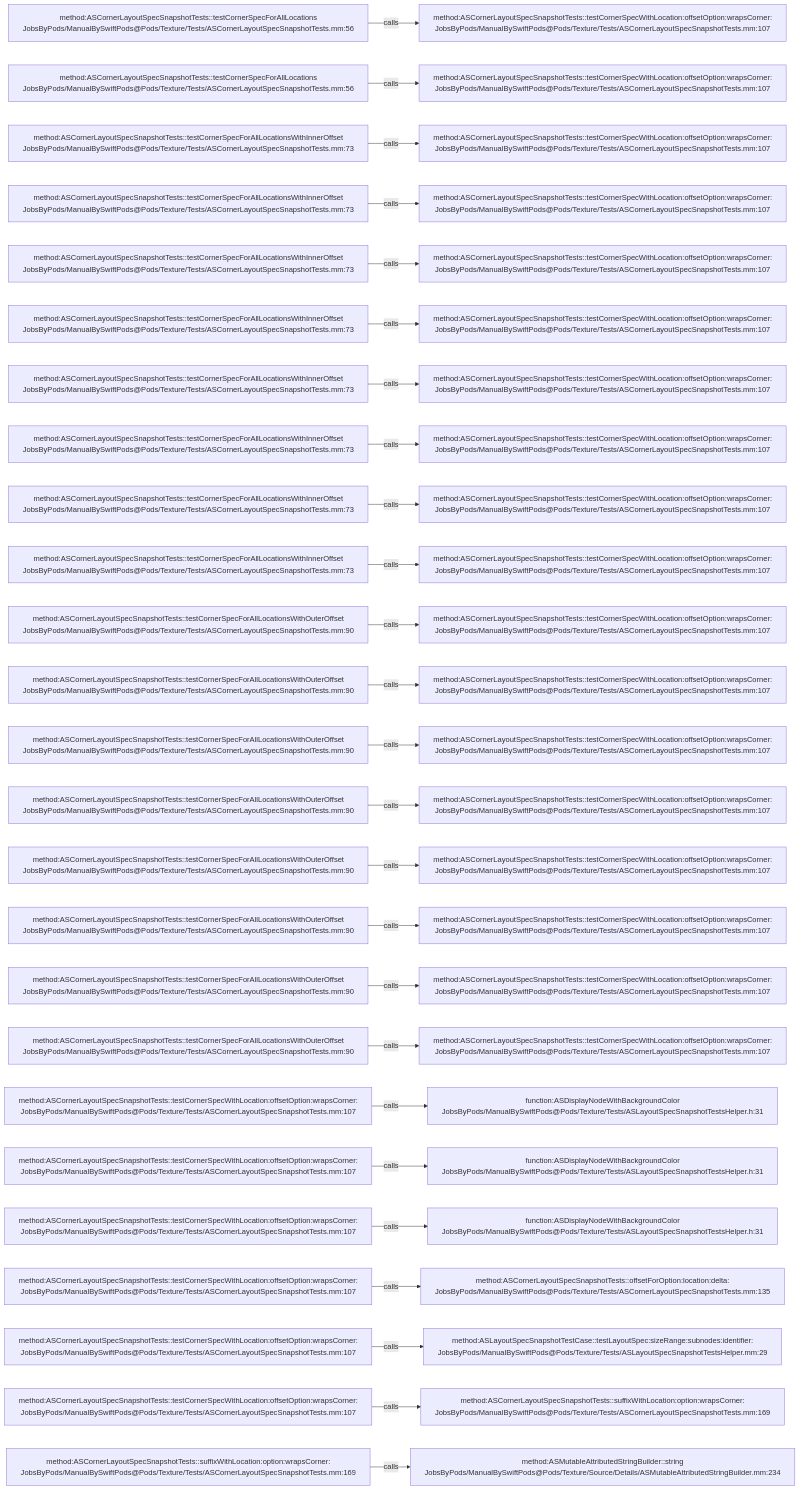
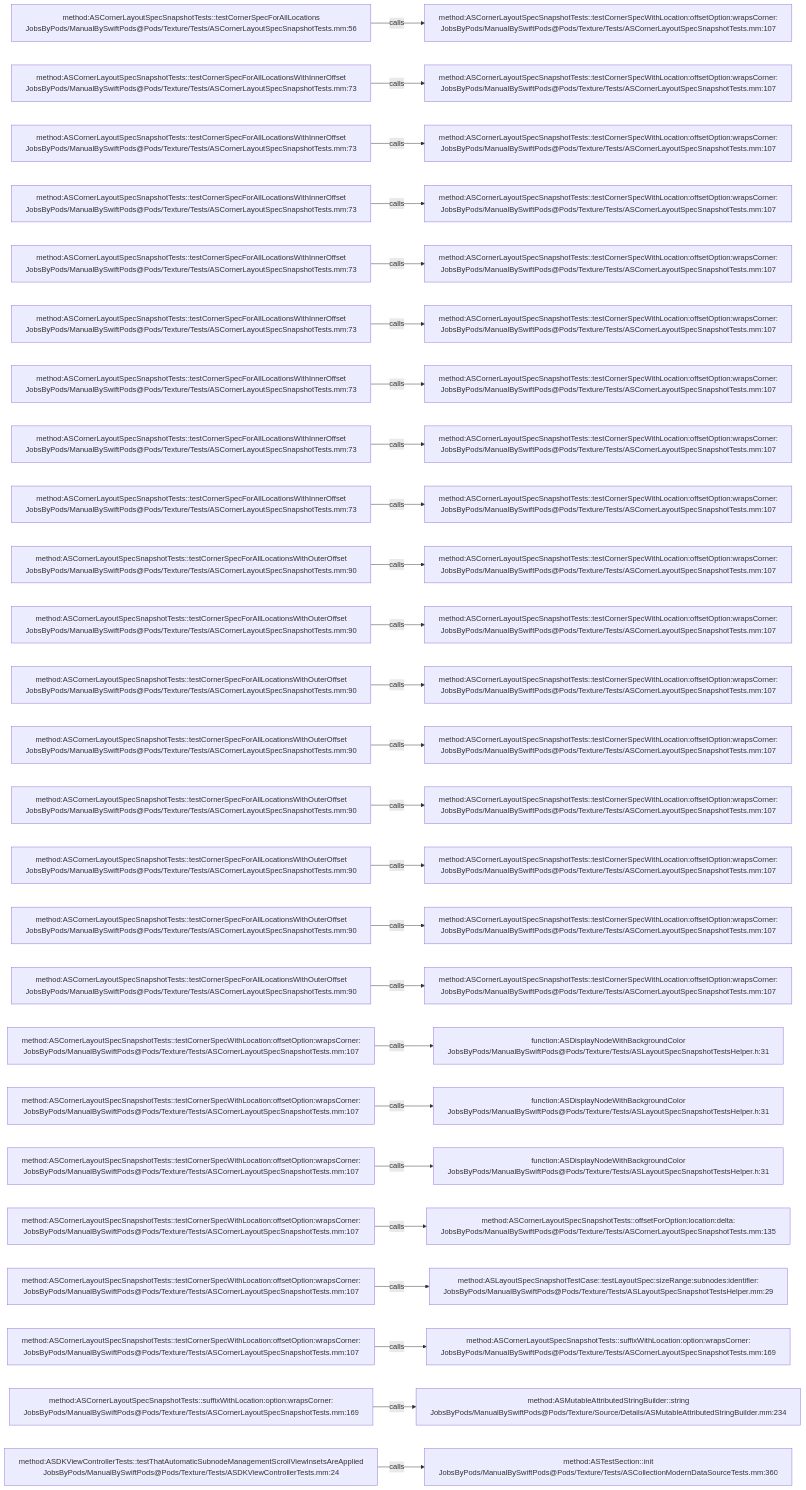
One commit to JobsKits/JobsSwiftBaseConfigDemo changed the diagram in .codegraph/codegraph.md/graphs/calls-177.md. Above: the diagram before and after it, drawn with Mermaid. The commit also changed 747 other files, not shown here.

````diff
--- a/.codegraph/codegraph.md/graphs/calls-177.md
+++ b/.codegraph/codegraph.md/graphs/calls-177.md
@@ -13,78 +13,78 @@
 ```mermaid
 flowchart LR
   S1["method:ASCornerLayoutSpecSnapshotTests::testCornerSpecForAllLocations<br/>JobsByPods/ManualBySwiftPods@Pods/Texture/Tests/ASCornerLayoutSpecSnapshotTests.mm:56"]
   T1["method:ASCornerLayoutSpecSnapshotTests::testCornerSpecWithLocation:offsetOption:wrapsCorner:<br/>JobsByPods/ManualBySwiftPods@Pods/Texture/Tests/ASCornerLayoutSpecSnapshotTests.mm:107"]
   S1 -->|calls| T1
-  S2["method:ASCornerLayoutSpecSnapshotTests::testCornerSpecForAllLocations<br/>JobsByPods/ManualBySwiftPods@Pods/Texture/Tests/ASCornerLayoutSpecSnapshotTests.mm:56"]
+  S2["method:ASCornerLayoutSpecSnapshotTests::testCornerSpecForAllLocationsWithInnerOffset<br/>JobsByPods/ManualBySwiftPods@Pods/Texture/Tests/ASCornerLayoutSpecSnapshotTests.mm:73"]
   T2["method:ASCornerLayoutSpecSnapshotTests::testCornerSpecWithLocation:offsetOption:wrapsCorner:<br/>JobsByPods/ManualBySwiftPods@Pods/Texture/Tests/ASCornerLayoutSpecSnapshotTests.mm:107"]
   S2 -->|calls| T2
   S3["method:ASCornerLayoutSpecSnapshotTests::testCornerSpecForAllLocationsWithInnerOffset<br/>JobsByPods/ManualBySwiftPods@Pods/Texture/Tests/ASCornerLayoutSpecSnapshotTests.mm:73"]
   T3["method:ASCornerLayoutSpecSnapshotTests::testCornerSpecWithLocation:offsetOption:wrapsCorner:<br/>JobsByPods/ManualBySwiftPods@Pods/Texture/Tests/ASCornerLayoutSpecSnapshotTests.mm:107"]
   S3 -->|calls| T3
   S4["method:ASCornerLayoutSpecSnapshotTests::testCornerSpecForAllLocationsWithInnerOffset<br/>JobsByPods/ManualBySwiftPods@Pods/Texture/Tests/ASCornerLayoutSpecSnapshotTests.mm:73"]
   T4["method:ASCornerLayoutSpecSnapshotTests::testCornerSpecWithLocation:offsetOption:wrapsCorner:<br/>JobsByPods/ManualBySwiftPods@Pods/Texture/Tests/ASCornerLayoutSpecSnapshotTests.mm:107"]
   S4 -->|calls| T4
   S5["method:ASCornerLayoutSpecSnapshotTests::testCornerSpecForAllLocationsWithInnerOffset<br/>JobsByPods/ManualBySwiftPods@Pods/Texture/Tests/ASCornerLayoutSpecSnapshotTests.mm:73"]
   T5["method:ASCornerLayoutSpecSnapshotTests::testCornerSpecWithLocation:offsetOption:wrapsCorner:<br/>JobsByPods/ManualBySwiftPods@Pods/Texture/Tests/ASCornerLayoutSpecSnapshotTests.mm:107"]
   S5 -->|calls| T5
   S6["method:ASCornerLayoutSpecSnapshotTests::testCornerSpecForAllLocationsWithInnerOffset<br/>JobsByPods/ManualBySwiftPods@Pods/Texture/Tests/ASCornerLayoutSpecSnapshotTests.mm:73"]
   T6["method:ASCornerLayoutSpecSnapshotTests::testCornerSpecWithLocation:offsetOption:wrapsCorner:<br/>JobsByPods/ManualBySwiftPods@Pods/Texture/Tests/ASCornerLayoutSpecSnapshotTests.mm:107"]
   S6 -->|calls| T6
   S7["method:ASCornerLayoutSpecSnapshotTests::testCornerSpecForAllLocationsWithInnerOffset<br/>JobsByPods/ManualBySwiftPods@Pods/Texture/Tests/ASCornerLayoutSpecSnapshotTests.mm:73"]
   T7["method:ASCornerLayoutSpecSnapshotTests::testCornerSpecWithLocation:offsetOption:wrapsCorner:<br/>JobsByPods/ManualBySwiftPods@Pods/Texture/Tests/ASCornerLayoutSpecSnapshotTests.mm:107"]
   S7 -->|calls| T7
   S8["method:ASCornerLayoutSpecSnapshotTests::testCornerSpecForAllLocationsWithInnerOffset<br/>JobsByPods/ManualBySwiftPods@Pods/Texture/Tests/ASCornerLayoutSpecSnapshotTests.mm:73"]
   T8["method:ASCornerLayoutSpecSnapshotTests::testCornerSpecWithLocation:offsetOption:wrapsCorner:<br/>JobsByPods/ManualBySwiftPods@Pods/Texture/Tests/ASCornerLayoutSpecSnapshotTests.mm:107"]
   S8 -->|calls| T8
   S9["method:ASCornerLayoutSpecSnapshotTests::testCornerSpecForAllLocationsWithInnerOffset<br/>JobsByPods/ManualBySwiftPods@Pods/Texture/Tests/ASCornerLayoutSpecSnapshotTests.mm:73"]
   T9["method:ASCornerLayoutSpecSnapshotTests::testCornerSpecWithLocation:offsetOption:wrapsCorner:<br/>JobsByPods/ManualBySwiftPods@Pods/Texture/Tests/ASCornerLayoutSpecSnapshotTests.mm:107"]
   S9 -->|calls| T9
-  S10["method:ASCornerLayoutSpecSnapshotTests::testCornerSpecForAllLocationsWithInnerOffset<br/>JobsByPods/ManualBySwiftPods@Pods/Texture/Tests/ASCornerLayoutSpecSnapshotTests.mm:73"]
+  S10["method:ASCornerLayoutSpecSnapshotTests::testCornerSpecForAllLocationsWithOuterOffset<br/>JobsByPods/ManualBySwiftPods@Pods/Texture/Tests/ASCornerLayoutSpecSnapshotTests.mm:90"]
   T10["method:ASCornerLayoutSpecSnapshotTests::testCornerSpecWithLocation:offsetOption:wrapsCorner:<br/>JobsByPods/ManualBySwiftPods@Pods/Texture/Tests/ASCornerLayoutSpecSnapshotTests.mm:107"]
   S10 -->|calls| T10
   S11["method:ASCornerLayoutSpecSnapshotTests::testCornerSpecForAllLocationsWithOuterOffset<br/>JobsByPods/ManualBySwiftPods@Pods/Texture/Tests/ASCornerLayoutSpecSnapshotTests.mm:90"]
   T11["method:ASCornerLayoutSpecSnapshotTests::testCornerSpecWithLocation:offsetOption:wrapsCorner:<br/>JobsByPods/ManualBySwiftPods@Pods/Texture/Tests/ASCornerLayoutSpecSnapshotTests.mm:107"]
   S11 -->|calls| T11
   S12["method:ASCornerLayoutSpecSnapshotTests::testCornerSpecForAllLocationsWithOuterOffset<br/>JobsByPods/ManualBySwiftPods@Pods/Texture/Tests/ASCornerLayoutSpecSnapshotTests.mm:90"]
   T12["method:ASCornerLayoutSpecSnapshotTests::testCornerSpecWithLocation:offsetOption:wrapsCorner:<br/>JobsByPods/ManualBySwiftPods@Pods/Texture/Tests/ASCornerLayoutSpecSnapshotTests.mm:107"]
   S12 -->|calls| T12
   S13["method:ASCornerLayoutSpecSnapshotTests::testCornerSpecForAllLocationsWithOuterOffset<br/>JobsByPods/ManualBySwiftPods@Pods/Texture/Tests/ASCornerLayoutSpecSnapshotTests.mm:90"]
   T13["method:ASCornerLayoutSpecSnapshotTests::testCornerSpecWithLocation:offsetOption:wrapsCorner:<br/>JobsByPods/ManualBySwiftPods@Pods/Texture/Tests/ASCornerLayoutSpecSnapshotTests.mm:107"]
   S13 -->|calls| T13
   S14["method:ASCornerLayoutSpecSnapshotTests::testCornerSpecForAllLocationsWithOuterOffset<br/>JobsByPods/ManualBySwiftPods@Pods/Texture/Tests/ASCornerLayoutSpecSnapshotTests.mm:90"]
   T14["method:ASCornerLayoutSpecSnapshotTests::testCornerSpecWithLocation:offsetOption:wrapsCorner:<br/>JobsByPods/ManualBySwiftPods@Pods/Texture/Tests/ASCornerLayoutSpecSnapshotTests.mm:107"]
   S14 -->|calls| T14
   S15["method:ASCornerLayoutSpecSnapshotTests::testCornerSpecForAllLocationsWithOuterOffset<br/>JobsByPods/ManualBySwiftPods@Pods/Texture/Tests/ASCornerLayoutSpecSnapshotTests.mm:90"]
   T15["method:ASCornerLayoutSpecSnapshotTests::testCornerSpecWithLocation:offsetOption:wrapsCorner:<br/>JobsByPods/ManualBySwiftPods@Pods/Texture/Tests/ASCornerLayoutSpecSnapshotTests.mm:107"]
   S15 -->|calls| T15
   S16["method:ASCornerLayoutSpecSnapshotTests::testCornerSpecForAllLocationsWithOuterOffset<br/>JobsByPods/ManualBySwiftPods@Pods/Texture/Tests/ASCornerLayoutSpecSnapshotTests.mm:90"]
   T16["method:ASCornerLayoutSpecSnapshotTests::testCornerSpecWithLocation:offsetOption:wrapsCorner:<br/>JobsByPods/ManualBySwiftPods@Pods/Texture/Tests/ASCornerLayoutSpecSnapshotTests.mm:107"]
   S16 -->|calls| T16
   S17["method:ASCornerLayoutSpecSnapshotTests::testCornerSpecForAllLocationsWithOuterOffset<br/>JobsByPods/ManualBySwiftPods@Pods/Texture/Tests/ASCornerLayoutSpecSnapshotTests.mm:90"]
   T17["method:ASCornerLayoutSpecSnapshotTests::testCornerSpecWithLocation:offsetOption:wrapsCorner:<br/>JobsByPods/ManualBySwiftPods@Pods/Texture/Tests/ASCornerLayoutSpecSnapshotTests.mm:107"]
   S17 -->|calls| T17
-  S18["method:ASCornerLayoutSpecSnapshotTests::testCornerSpecForAllLocationsWithOuterOffset<br/>JobsByPods/ManualBySwiftPods@Pods/Texture/Tests/ASCornerLayoutSpecSnapshotTests.mm:90"]
-  T18["method:ASCornerLayoutSpecSnapshotTests::testCornerSpecWithLocation:offsetOption:wrapsCorner:<br/>JobsByPods/ManualBySwiftPods@Pods/Texture/Tests/ASCornerLayoutSpecSnapshotTests.mm:107"]
+  S18["method:ASCornerLayoutSpecSnapshotTests::testCornerSpecWithLocation:offsetOption:wrapsCorner:<br/>JobsByPods/ManualBySwiftPods@Pods/Texture/Tests/ASCornerLayoutSpecSnapshotTests.mm:107"]
+  T18["function:ASDisplayNodeWithBackgroundColor<br/>JobsByPods/ManualBySwiftPods@Pods/Texture/Tests/ASLayoutSpecSnapshotTestsHelper.h:31"]
   S18 -->|calls| T18
   S19["method:ASCornerLayoutSpecSnapshotTests::testCornerSpecWithLocation:offsetOption:wrapsCorner:<br/>JobsByPods/ManualBySwiftPods@Pods/Texture/Tests/ASCornerLayoutSpecSnapshotTests.mm:107"]
   T19["function:ASDisplayNodeWithBackgroundColor<br/>JobsByPods/ManualBySwiftPods@Pods/Texture/Tests/ASLayoutSpecSnapshotTestsHelper.h:31"]
   S19 -->|calls| T19
   S20["method:ASCornerLayoutSpecSnapshotTests::testCornerSpecWithLocation:offsetOption:wrapsCorner:<br/>JobsByPods/ManualBySwiftPods@Pods/Texture/Tests/ASCornerLayoutSpecSnapshotTests.mm:107"]
   T20["function:ASDisplayNodeWithBackgroundColor<br/>JobsByPods/ManualBySwiftPods@Pods/Texture/Tests/ASLayoutSpecSnapshotTestsHelper.h:31"]
   S20 -->|calls| T20
   S21["method:ASCornerLayoutSpecSnapshotTests::testCornerSpecWithLocation:offsetOption:wrapsCorner:<br/>JobsByPods/ManualBySwiftPods@Pods/Texture/Tests/ASCornerLayoutSpecSnapshotTests.mm:107"]
-  T21["function:ASDisplayNodeWithBackgroundColor<br/>JobsByPods/ManualBySwiftPods@Pods/Texture/Tests/ASLayoutSpecSnapshotTestsHelper.h:31"]
+  T21["method:ASCornerLayoutSpecSnapshotTests::offsetForOption:location:delta:<br/>JobsByPods/ManualBySwiftPods@Pods/Texture/Tests/ASCornerLayoutSpecSnapshotTests.mm:135"]
   S21 -->|calls| T21
   S22["method:ASCornerLayoutSpecSnapshotTests::testCornerSpecWithLocation:offsetOption:wrapsCorner:<br/>JobsByPods/ManualBySwiftPods@Pods/Texture/Tests/ASCornerLayoutSpecSnapshotTests.mm:107"]
-  T22["method:ASCornerLayoutSpecSnapshotTests::offsetForOption:location:delta:<br/>JobsByPods/ManualBySwiftPods@Pods/Texture/Tests/ASCornerLayoutSpecSnapshotTests.mm:135"]
+  T22["method:ASLayoutSpecSnapshotTestCase::testLayoutSpec:sizeRange:subnodes:identifier:<br/>JobsByPods/ManualBySwiftPods@Pods/Texture/Tests/ASLayoutSpecSnapshotTestsHelper.mm:29"]
   S22 -->|calls| T22
   S23["method:ASCornerLayoutSpecSnapshotTests::testCornerSpecWithLocation:offsetOption:wrapsCorner:<br/>JobsByPods/ManualBySwiftPods@Pods/Texture/Tests/ASCornerLayoutSpecSnapshotTests.mm:107"]
-  T23["method:ASLayoutSpecSnapshotTestCase::testLayoutSpec:sizeRange:subnodes:identifier:<br/>JobsByPods/ManualBySwiftPods@Pods/Texture/Tests/ASLayoutSpecSnapshotTestsHelper.mm:29"]
+  T23["method:ASCornerLayoutSpecSnapshotTests::suffixWithLocation:option:wrapsCorner:<br/>JobsByPods/ManualBySwiftPods@Pods/Texture/Tests/ASCornerLayoutSpecSnapshotTests.mm:169"]
   S23 -->|calls| T23
-  S24["method:ASCornerLayoutSpecSnapshotTests::testCornerSpecWithLocation:offsetOption:wrapsCorner:<br/>JobsByPods/ManualBySwiftPods@Pods/Texture/Tests/ASCornerLayoutSpecSnapshotTests.mm:107"]
-  T24["method:ASCornerLayoutSpecSnapshotTests::suffixWithLocation:option:wrapsCorner:<br/>JobsByPods/ManualBySwiftPods@Pods/Texture/Tests/ASCornerLayoutSpecSnapshotTests.mm:169"]
+  S24["method:ASCornerLayoutSpecSnapshotTests::suffixWithLocation:option:wrapsCorner:<br/>JobsByPods/ManualBySwiftPods@Pods/Texture/Tests/ASCornerLayoutSpecSnapshotTests.mm:169"]
+  T24["method:ASMutableAttributedStringBuilder::string<br/>JobsByPods/ManualBySwiftPods@Pods/Texture/Source/Details/ASMutableAttributedStringBuilder.mm:234"]
   S24 -->|calls| T24
-  S25["method:ASCornerLayoutSpecSnapshotTests::suffixWithLocation:option:wrapsCorner:<br/>JobsByPods/ManualBySwiftPods@Pods/Texture/Tests/ASCornerLayoutSpecSnapshotTests.mm:169"]
-  T25["method:ASMutableAttributedStringBuilder::string<br/>JobsByPods/ManualBySwiftPods@Pods/Texture/Source/Details/ASMutableAttributedStringBuilder.mm:234"]
+  S25["method:ASDKViewControllerTests::testThatAutomaticSubnodeManagementScrollViewInsetsAreApplied<br/>JobsByPods/ManualBySwiftPods@Pods/Texture/Tests/ASDKViewControllerTests.mm:24"]
+  T25["method:ASTestSection::init<br/>JobsByPods/ManualBySwiftPods@Pods/Texture/Tests/ASCollectionModernDataSourceTests.mm:360"]
   S25 -->|calls| T25
 ```
````
